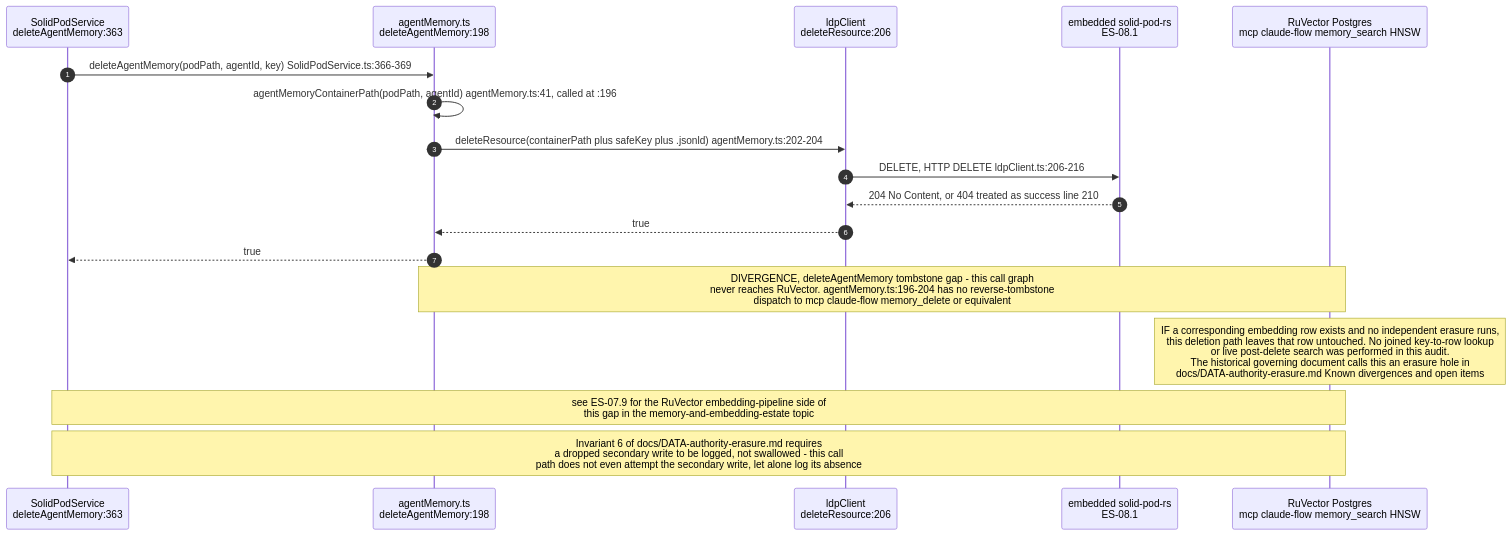
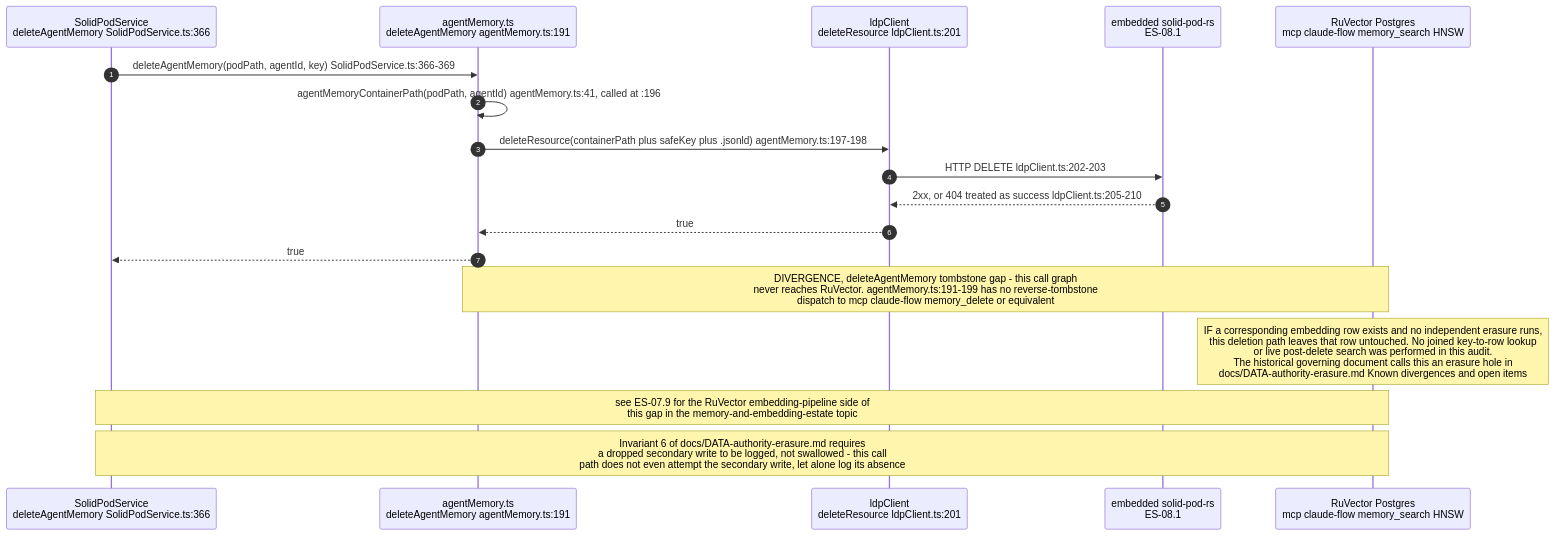
Before and after one commit to DreamLab-AI/VisionFlow: the ninth of 13 diagrams in docs/diagrams/estate/08-solid-pod-estate.md, drawn with Mermaid. The commit also changed other lines of this file and 91 other files, not shown here.

````diff
--- a/docs/diagrams/estate/08-solid-pod-estate.md
+++ b/docs/diagrams/estate/08-solid-pod-estate.md
@@ -415,22 +435,22 @@
 ```mermaid
 sequenceDiagram
     autonumber
-    participant UI as SolidPodService<br/>deleteAgentMemory:363
-    participant AM as agentMemory.ts<br/>deleteAgentMemory:198
-    participant LDP as ldpClient<br/>deleteResource:206
+    participant UI as SolidPodService<br/>deleteAgentMemory SolidPodService.ts:366
+    participant AM as agentMemory.ts<br/>deleteAgentMemory agentMemory.ts:191
+    participant LDP as ldpClient<br/>deleteResource ldpClient.ts:201
     participant SRV as embedded solid-pod-rs<br/>ES-08.1
     participant RV as RuVector Postgres<br/>mcp claude-flow memory_search HNSW
 
     UI->>AM: deleteAgentMemory(podPath, agentId, key) SolidPodService.ts:366-369
     AM->>AM: agentMemoryContainerPath(podPath, agentId) agentMemory.ts:41, called at :196
-    AM->>LDP: deleteResource(containerPath plus safeKey plus .jsonld) agentMemory.ts:202-204
-    LDP->>SRV: DELETE, HTTP DELETE ldpClient.ts:206-216
-    SRV-->>LDP: 204 No Content, or 404 treated as success line 210
+    AM->>LDP: deleteResource(containerPath plus safeKey plus .jsonld) agentMemory.ts:197-198
+    LDP->>SRV: HTTP DELETE ldpClient.ts:202-203
+    SRV-->>LDP: 2xx, or 404 treated as success ldpClient.ts:205-210
     LDP-->>AM: true
     AM-->>UI: true
 
-    Note over AM,RV: DIVERGENCE, deleteAgentMemory tombstone gap - this call graph<br/>never reaches RuVector. agentMemory.ts:196-204 has no reverse-tombstone<br/>dispatch to mcp claude-flow memory_delete or equivalent
+    Note over AM,RV: DIVERGENCE, deleteAgentMemory tombstone gap - this call graph<br/>never reaches RuVector. agentMemory.ts:191-199 has no reverse-tombstone<br/>dispatch to mcp claude-flow memory_delete or equivalent
     Note over RV: IF a corresponding embedding row exists and no independent erasure runs,<br/>this deletion path leaves that row untouched. No joined key-to-row lookup<br/>or live post-delete search was performed in this audit.<br/>The historical governing document calls this an erasure hole in<br/>docs/DATA-authority-erasure.md Known divergences and open items
     Note over UI,RV: see ES-07.9 for the RuVector embedding-pipeline side of<br/>this gap in the memory-and-embedding-estate topic
     Note over UI,RV: Invariant 6 of docs/DATA-authority-erasure.md requires<br/>a dropped secondary write to be logged, not swallowed - this call<br/>path does not even attempt the secondary write, let alone log its absence
 ```
````
